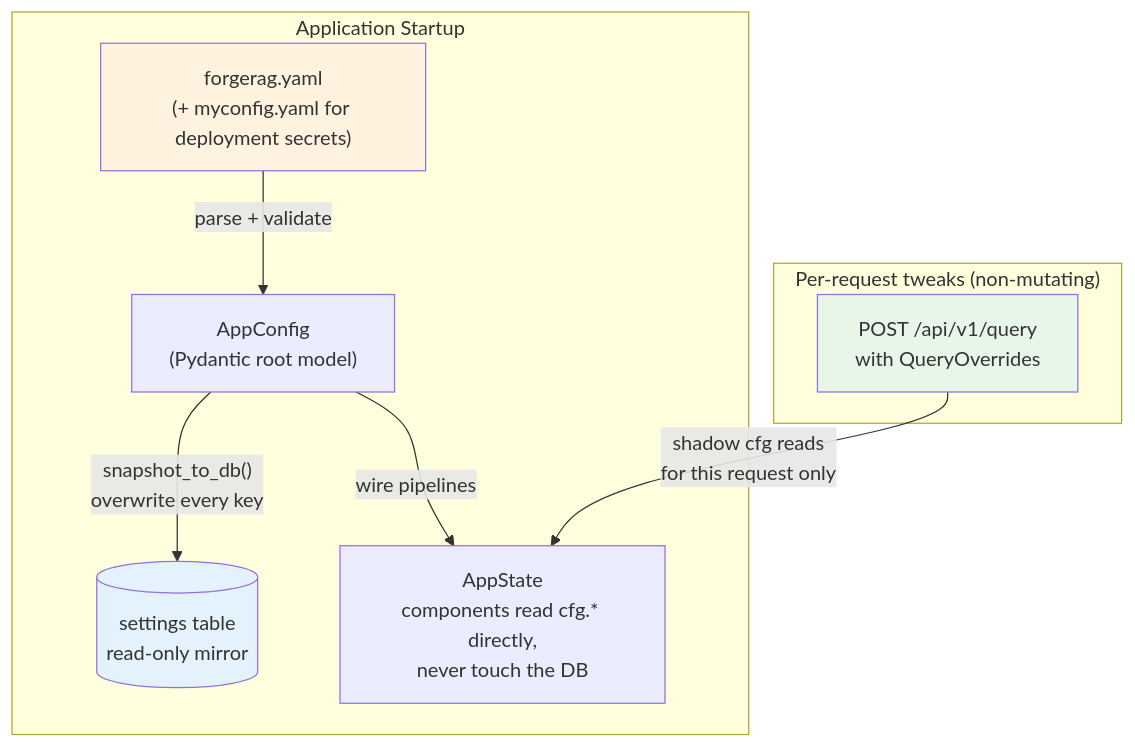
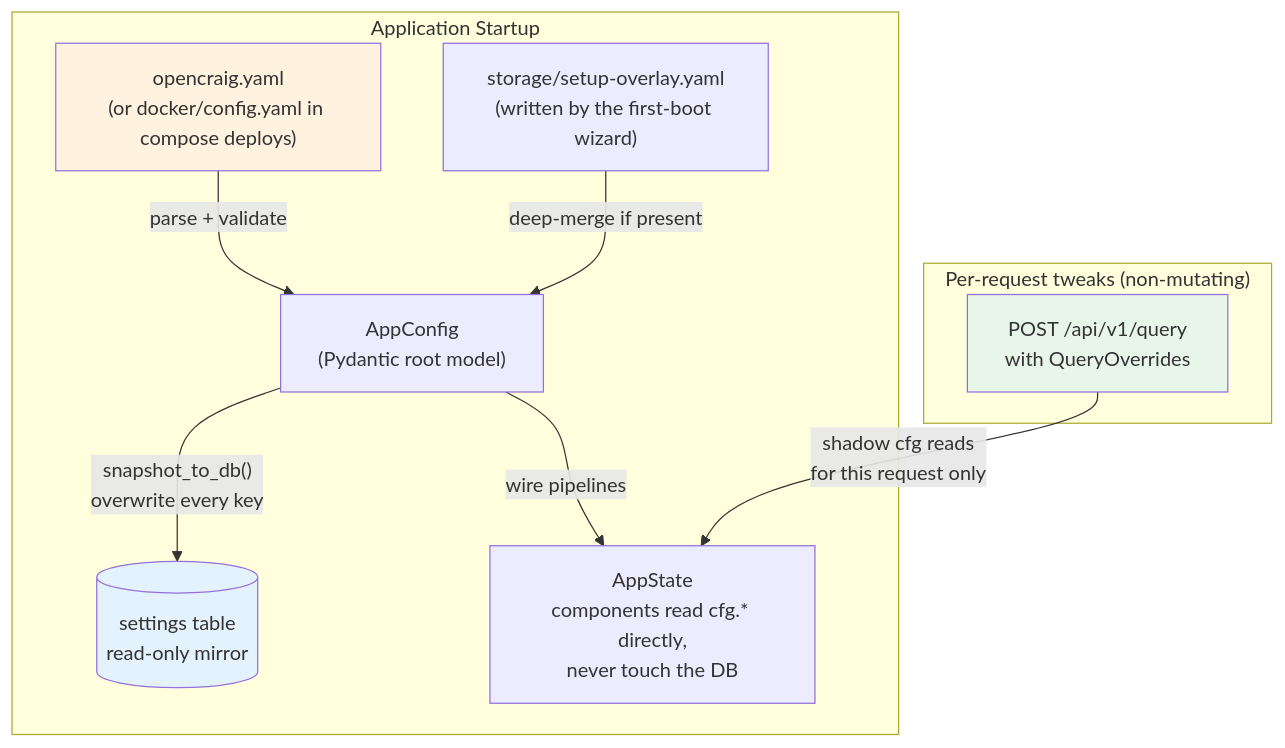
Before and after one commit to deeplethe/ForgeRAG: the ninth of 9 diagrams in docs/architecture.md, drawn with Mermaid. The commit also changed other lines of this file and 2 other files, not shown here.

First line of the commit message:
docs: refresh README + README_CN + architecture.md to match shipped state

````diff
--- a/docs/architecture.md
+++ b/docs/architecture.md
@@ -727,20 +882,23 @@
 ```mermaid
 flowchart TB
     subgraph Startup ["Application Startup"]
-        YAML["forgerag.yaml<br/>(+ myconfig.yaml for deployment secrets)"]
+        YAML["opencraig.yaml<br/>(or docker/config.yaml in compose deploys)"]
         YAML -->|"parse + validate"| AppCfg["AppConfig<br/>(Pydantic root model)"]
+
+        Overlay["storage/setup-overlay.yaml<br/>(written by the first-boot wizard)"]
+        Overlay -->|"deep-merge if present"| AppCfg
 
         AppCfg -->|"snapshot_to_db()<br/>overwrite every key"| DB[("settings table<br/>read-only mirror")]
 
         AppCfg -->|"wire pipelines"| State["AppState<br/>components read cfg.* directly,<br/>never touch the DB"]
     end
 
     subgraph PerRequest ["Per-request tweaks (non-mutating)"]
         Req["POST /api/v1/query<br/>with QueryOverrides"]
         Req -->|"shadow cfg reads<br/>for this request only"| State
     end
 
     style YAML fill:#fff3e0
     style DB fill:#e3f2fd
     style Req fill:#e8f5e9
 ```
````
